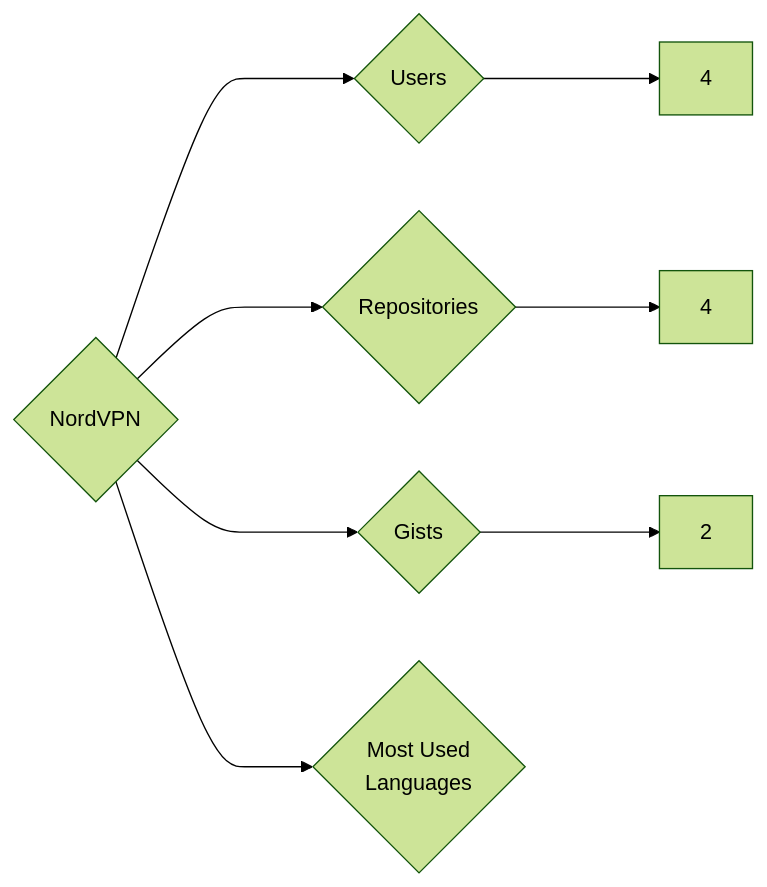
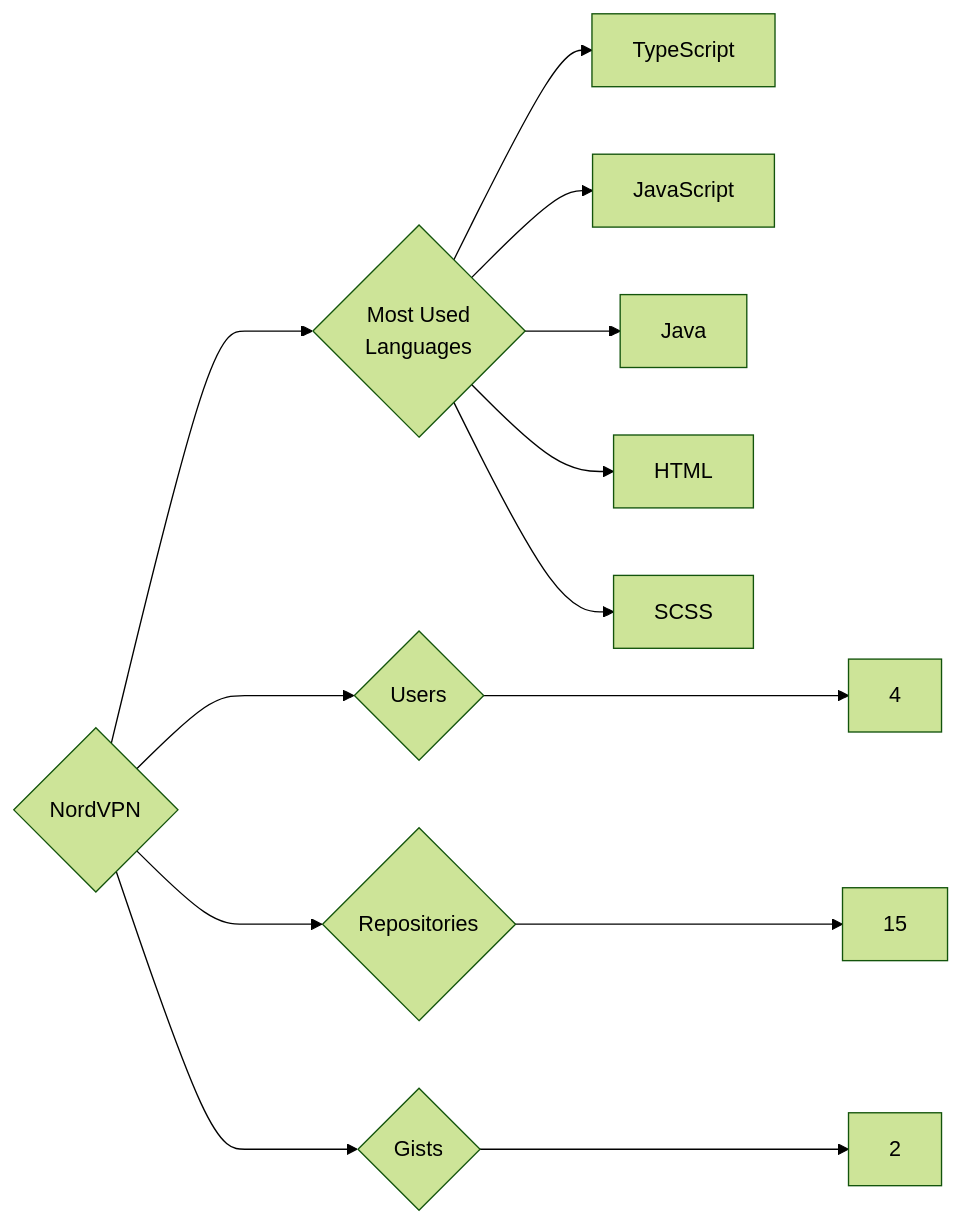
Before and after one commit to trickest/insiders: the diagram in targets/NordVPN/README.md, drawn with Mermaid (forest theme). The commit also changed 1696 other files, not shown here.

````diff
--- a/targets/NordVPN/README.md
+++ b/targets/NordVPN/README.md
@@ -3,8 +3,13 @@
 ```mermaid
 graph LR
 COMPANY_NAME{NordVPN}
 COMPANY_NAME ---> U{Users} ---> UN[4]
-COMPANY_NAME ---> R{Repositories} ---> RN[4]
+COMPANY_NAME ---> R{Repositories} ---> RN[15]
 COMPANY_NAME ---> G{Gists} ---> GN[2]
 COMPANY_NAME ---> ML{Most Used<br>Languages}
+ML --> TypeScript[TypeScript]
+ML --> JavaScript[JavaScript]
+ML --> Java[Java]
+ML --> HTML[HTML]
+ML --> SCSS[SCSS]
 ```
````
